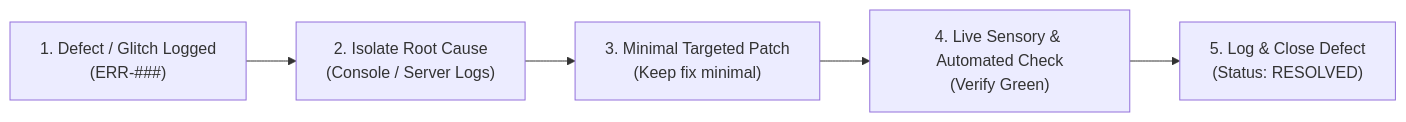
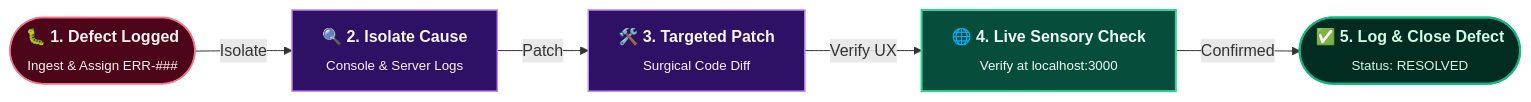
One commit to rmsofficialsyt/Agentic-AI-Vibe-Coding-AND-SDD-TDD-Codebase-Chandan-Adhikary changed the diagram in Vibe-Coding-Chandan-Adhikary/Vibe-Coding/docs/error-tracker.md. Above: the diagram before and after it, drawn with Mermaid. The commit also changed 14 other files, not shown here.

Commit message:
docs: standardize diagram card sizes, layouts, and UI sizing scale across frameworks

````diff
--- a/Vibe-Coding-Chandan-Adhikary/Vibe-Coding/docs/error-tracker.md
+++ b/Vibe-Coding-Chandan-Adhikary/Vibe-Coding/docs/error-tracker.md
@@ -20,7 +20,18 @@
 ```mermaid
 flowchart LR
-    Detect["1. Defect / Glitch Logged<br/>(ERR-###)"] --> Isolate["2. Isolate Root Cause<br/>(Console / Server Logs)"]
-    Isolate --> Patch["3. Minimal Targeted Patch<br/>(Keep fix minimal)"]
-    Patch --> Verify["4. Live Sensory & Automated Check<br/>(Verify Green)"]
-    Verify --> Close["5. Log & Close Defect<br/>(Status: RESOLVED)"]
+    classDef err fill:#4c0519,stroke:#fb7185,stroke-width:1.5px,color:#fff1f2;
+    classDef step fill:#2e1065,stroke:#c084fc,stroke-width:1.5px,color:#faf5ff;
+    classDef sensory fill:#064e3b,stroke:#34d399,stroke-width:2px,color:#ecfdf5;
+    classDef close fill:#022c22,stroke:#10b981,stroke-width:2px,color:#d1fae5;
+
+    Detect(["<b>🐛 1. Defect Logged</b><br/><sub>Ingest & Assign ERR-###</sub>"]):::err
+    Isolate["<b>🔍 2. Isolate Cause</b><br/><sub>Console & Server Logs</sub>"]:::step
+    Patch["<b>🛠️ 3. Targeted Patch</b><br/><sub>Surgical Code Diff</sub>"]:::step
+    Verify["<b>🌐 4. Live Sensory Check</b><br/><sub>Verify at localhost:3000</sub>"]:::sensory
+    Close(["<b>✅ 5. Log & Close Defect</b><br/><sub>Status: RESOLVED</sub>"]):::close
+
+    Detect -->|"Isolate"| Isolate
+    Isolate -->|"Patch"| Patch
+    Patch -->|"Verify UX"| Verify
+    Verify -->|"Confirmed"| Close
 ```
````
